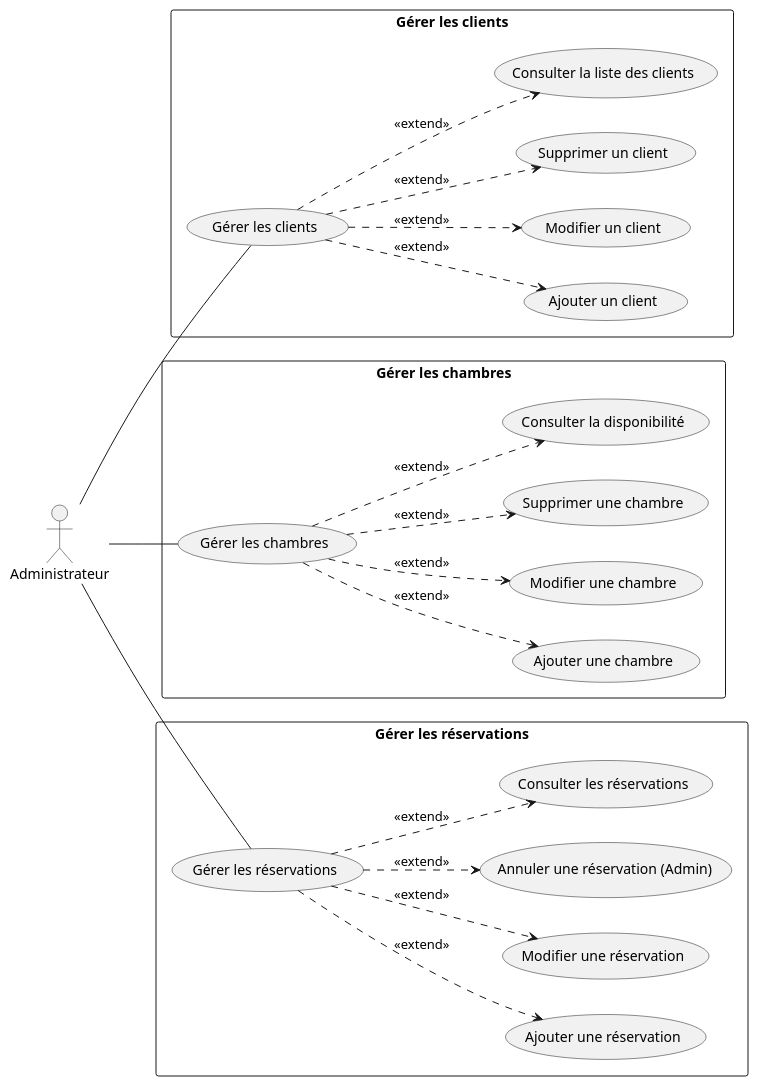
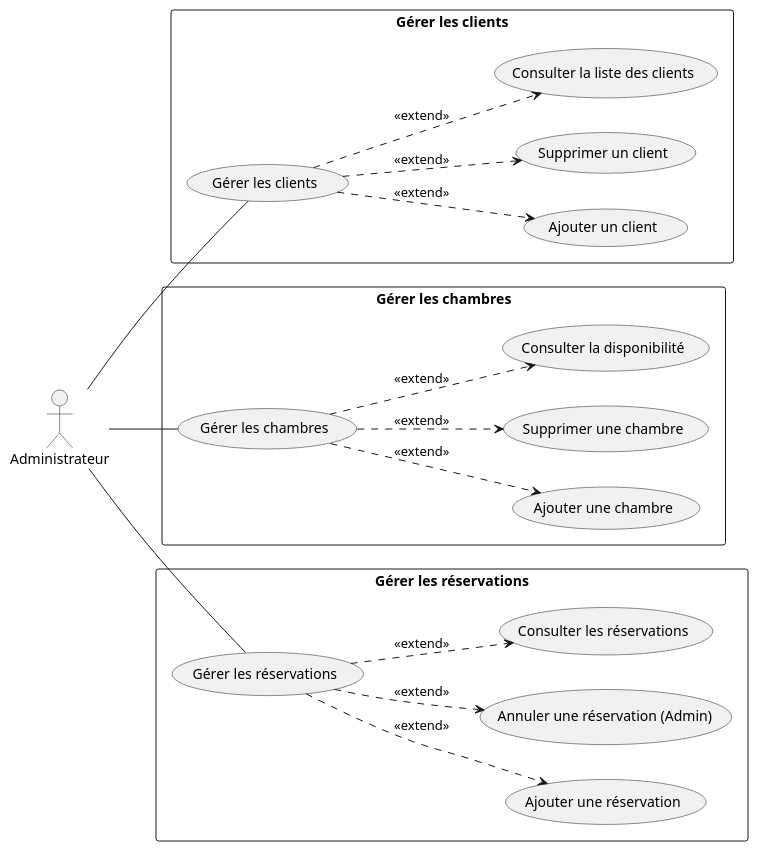
The diagram in Diagrammes/rafinnement_cas_utilisation.pu (ilefmarouani/GithubAGL), drawn with PlantUML before and after one commit. The commit also changed 1 other file, not shown here.

```diff
--- a/Diagrammes/rafinnement_cas_utilisation.pu
+++ b/Diagrammes/rafinnement_cas_utilisation.pu
@@ -1,48 +1,42 @@
 @startuml
 left to right direction
 
 actor Administrateur
 
 rectangle "Gérer les clients" {
   usecase "Gérer les clients" as UC6
   usecase "Ajouter un client" as UC6_1
-  usecase "Modifier un client" as UC6_2
   usecase "Supprimer un client" as UC6_3
   usecase "Consulter la liste des clients" as UC6_4
   
   UC6 ..> UC6_1 : <<extend>>
-  UC6 ..> UC6_2 : <<extend>>
   UC6 ..> UC6_3 : <<extend>>
   UC6 ..> UC6_4 : <<extend>>
 }
 
 rectangle "Gérer les chambres" {
   usecase "Gérer les chambres" as UC7
   usecase "Ajouter une chambre" as UC7_1
-  usecase "Modifier une chambre" as UC7_2
   usecase "Supprimer une chambre" as UC7_3
   usecase "Consulter la disponibilité" as UC7_4
 
   UC7 ..> UC7_1 : <<extend>>
-  UC7 ..> UC7_2 : <<extend>>
   UC7 ..> UC7_3 : <<extend>>
   UC7 ..> UC7_4 : <<extend>>
 }
 
 rectangle "Gérer les réservations" {
   usecase "Gérer les réservations" as UC8
   usecase "Ajouter une réservation" as UC8_1
-  usecase "Modifier une réservation" as UC8_2
   usecase "Annuler une réservation (Admin)" as UC8_3
   usecase "Consulter les réservations" as UC8_4
 
   UC8 ..> UC8_1 : <<extend>>
-  UC8 ..> UC8_2 : <<extend>>
-  UC8 ..> UC8_3 : <<extend>>
+   UC8 ..> UC8_3 : <<extend>>
   UC8 ..> UC8_4 : <<extend>>
 }
 
 Administrateur -- UC6
 Administrateur -- UC7
 Administrateur -- UC8
 @enduml
```
